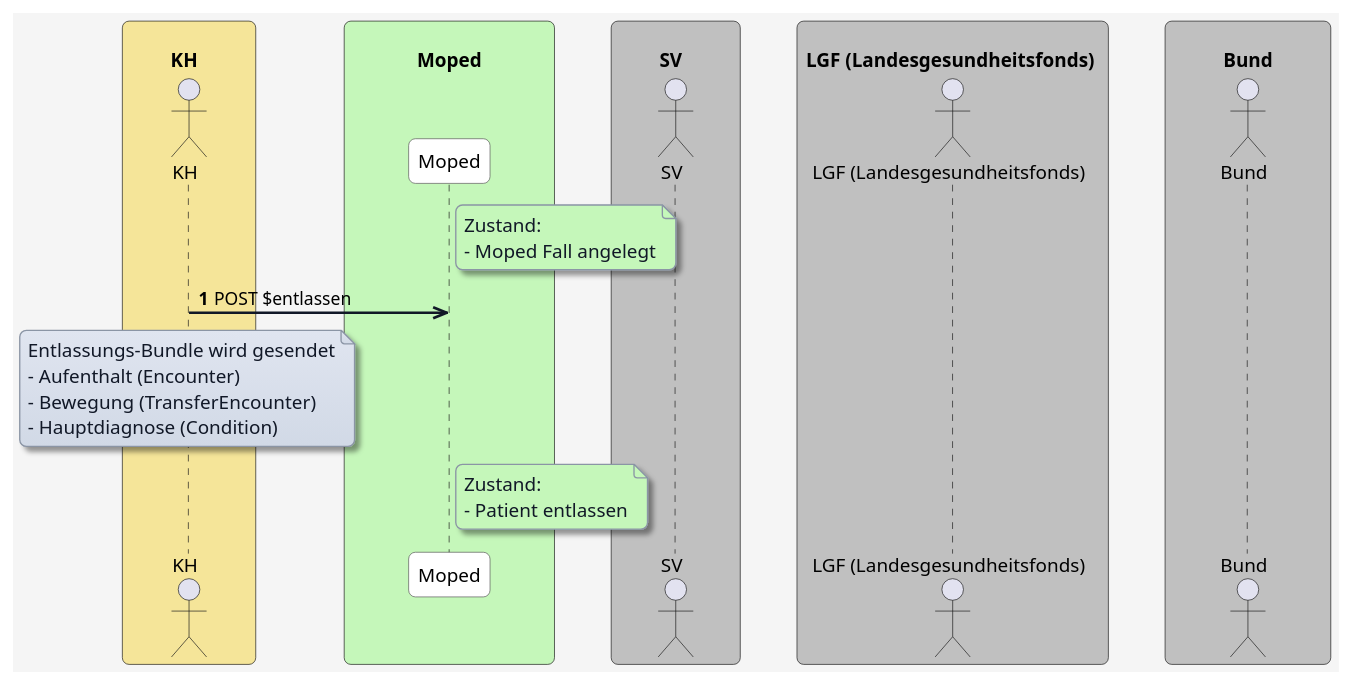
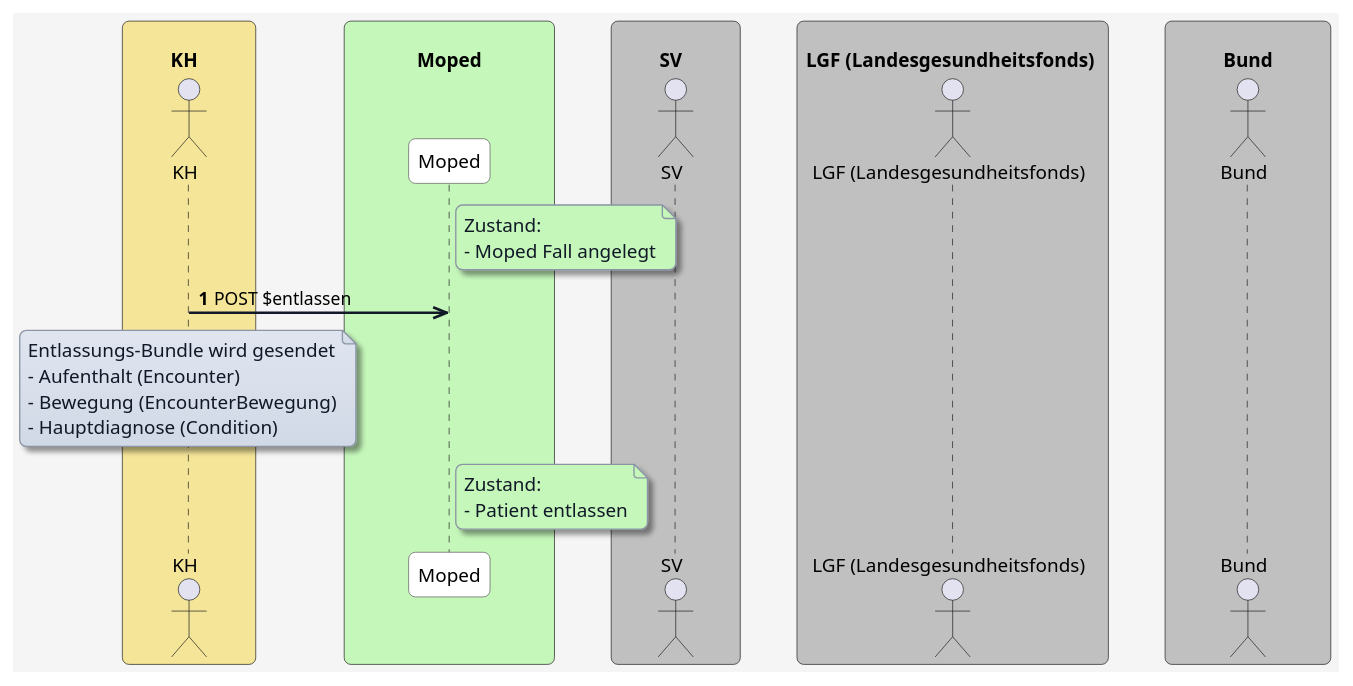
One commit to HL7Austria/ELGA-MOPED-R5 changed the diagram in input/images-source/Entlassung/entlassen-generisch.plantuml. Above: the diagram before and after it, drawn with PlantUML. The commit also changed 286 other files, not shown here.

```diff
--- a/input/images-source/Entlassung/entlassen-generisch.plantuml
+++ b/input/images-source/Entlassung/entlassen-generisch.plantuml
@@ -1,82 +1,82 @@
 @startuml
 skinparam borderColor #000000
 skinparam backgroundColor #f5f5f5
 skinparam shadowing false
 skinparam roundCorner 10
 skinparam defaultFontName "Arial"
 skinparam defaultFontSize 14
 skinparam defaultFontColor #000000
 
 skinparam note {
   BackgroundColor #e0e5f0-#d1d9e6
   BorderColor #8b95a5
   BorderThickness 1
   RoundCorner 8
   Padding 6
   FontColor #111827
   Shadowing true
 }
 
 skinparam HyperlinkColor #0000EE
 skinparam HyperlinkUnderline false
 
 skinparam sequence {
   ParticipantBorderColor #555555
   ParticipantBackgroundColor #ffffff
   ParticipantFontColor #000000
   ParticipantFontSize 14
   ParticipantPadding 20
   ArrowColor #111827
   ArrowThickness 2
   ArrowFontColor #000000
   ArrowFontSize 13
   GroupBorderColor #111827
   GroupBackgroundColor #f3f4f6
   GroupBorderThickness 1
 }
 
 skinparam BoxPadding 20
 skinparam BoxBorderColor #555555
 
 box "\n         KH           " #f5e599
   actor KH as "KH"
 end box
 
 box "\n              Moped              " #c5f7ba
   participant MP as "Moped"
 end box
 
 box "\n         SV           " #c0c0c0
   actor SV as "SV"
 end box
 
 box "\n LGF (Landesgesundheitsfonds)  " #c0c0c0
   actor LGF as "LGF (Landesgesundheitsfonds)"
 end box
 
 box "\n           Bund           " #c0c0c0
   actor Bund as "Bund"
 end box
 
 autonumber
 
 note right of MP #c5f7ba
 Zustand:
 - Moped Fall angelegt
 end note
 
 KH ->> MP: POST $entlassen
 
 note over KH
 Entlassungs-Bundle wird gesendet
 - Aufenthalt (Encounter)
-- Bewegung (TransferEncounter)
+- Bewegung (EncounterBewegung)
 - Hauptdiagnose (Condition)
 end note
 
 note right of MP #c5f7ba
 Zustand:
 - Patient entlassen
 end note
 
 @enduml
```
